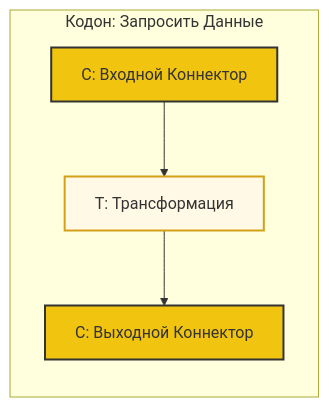
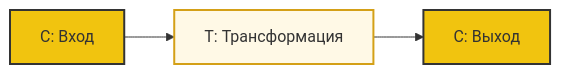
One commit to zaebee/agents changed the third of 5 diagrams in article.ru.md. Above: the diagram before and after it, drawn with Mermaid. The commit also changed other lines of this file and 33 other files, not shown here.

````diff
--- a/article.ru.md
+++ b/article.ru.md
@@ -197,10 +50,4 @@
-```mermaid
-graph LR
-    subgraph "Кодон: Запросить Данные"
-        C_In[C: Входной Коннектор] --> T[T: Трансформация];
-        T --> C_Out[C: Выходной Коннектор];
-    end
-    style C_In fill:#f1c40f,stroke:#333,stroke-width:2px
-    style T fill:#fff9e6,stroke:#d4a017,stroke-width:2px
-    style C_Out fill:#f1c40f,stroke:#333,stroke-width:2px
-```
+    ```mermaid
+    graph LR; C_In[C: Вход] --> T[T: Трансформация] --> C_Out[C: Выход];
+    style C_In fill:#f1c40f,stroke:#333,stroke-width:2px; style T fill:#fff9e6,stroke:#d4a017,stroke-width:2px; style C_Out fill:#f1c40f,stroke:#333,stroke-width:2px;
+    ```
````
